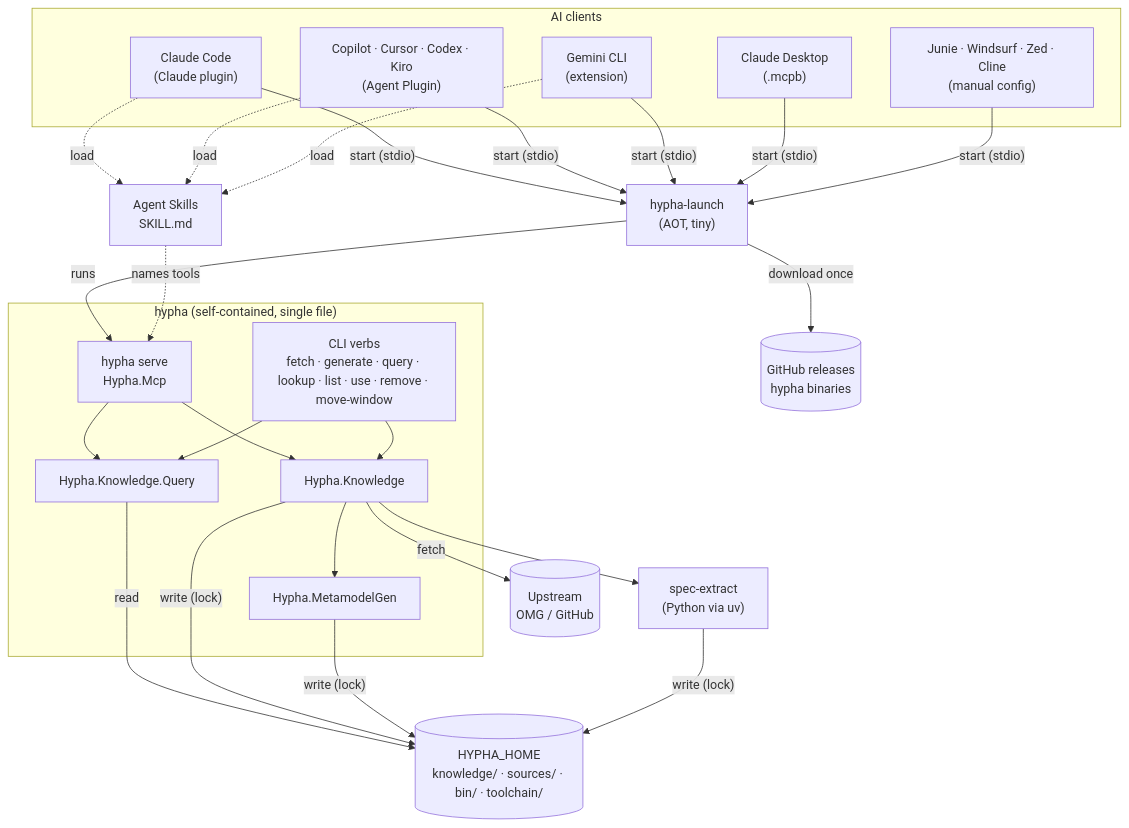
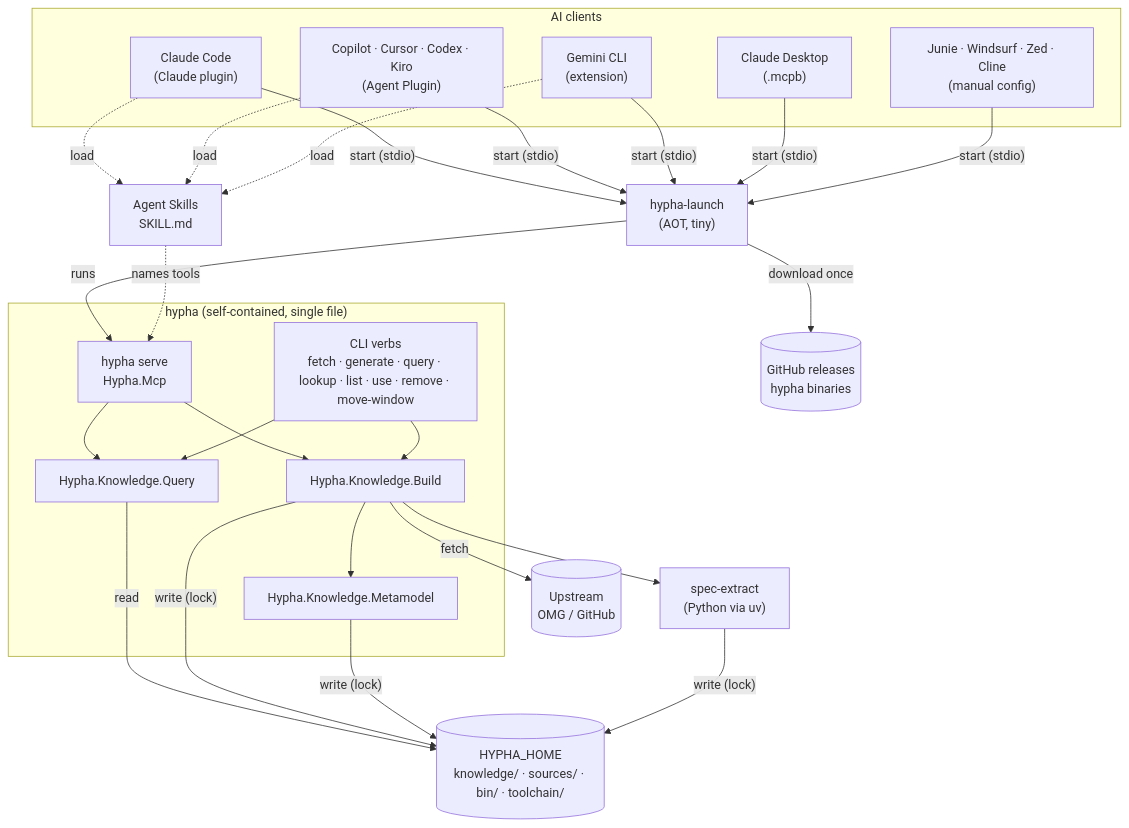
One commit to mycelium-cmbse/mycelium-hypha changed the first of 4 diagrams in hypha-mcp-refactor-plan.md. Above: the diagram before and after it, drawn with Mermaid. The commit also changed other lines of this file and 1 other file, not shown here.

````diff
--- a/hypha-mcp-refactor-plan.md
+++ b/hypha-mcp-refactor-plan.md
@@ -49,42 +51,42 @@
 ```mermaid
 flowchart TB
     subgraph Clients["AI clients"]
         CC["Claude Code<br/>(Claude plugin)"]
         AP["Copilot · Cursor · Codex · Kiro<br/>(Agent Plugin)"]
         GE["Gemini CLI<br/>(extension)"]
         CD["Claude Desktop<br/>(.mcpb)"]
         MC["Junie · Windsurf · Zed · Cline<br/>(manual config)"]
     end
 
     SK["Agent Skills<br/>SKILL.md"]
     L["hypha-launch<br/>(AOT, tiny)"]
 
     subgraph H["hypha (self-contained, single file)"]
         CLI["CLI verbs<br/>fetch · generate · query · lookup · list · use · remove · move-window"]
         SRV["hypha serve<br/>Hypha.Mcp"]
         Q["Hypha.Knowledge.Query"]
-        K["Hypha.Knowledge"]
-        MG["Hypha.MetamodelGen"]
+        K["Hypha.Knowledge.Build"]
+        MG["Hypha.Knowledge.Metamodel"]
     end
 
     SE["spec-extract<br/>(Python via uv)"]
     HH[("HYPHA_HOME<br/>knowledge/ · sources/ · bin/ · toolchain/")]
     UP[("Upstream<br/>OMG / GitHub")]
     GR[("GitHub releases<br/>hypha binaries")]
 
     CC & AP & GE & CD & MC -- "start (stdio)" --> L
     L -- "download once" --> GR
     L -- "runs" --> SRV
     CC & AP & GE -. "load" .-> SK
     SK -. "names tools" .-> SRV
 
     SRV --> Q
     SRV --> K
     CLI --> Q
     CLI --> K
     K --> MG
     K --> SE
     Q -- "read" --> HH
     K -- "fetch" --> UP
     K & MG & SE -- "write (lock)" --> HH
 ```
````
